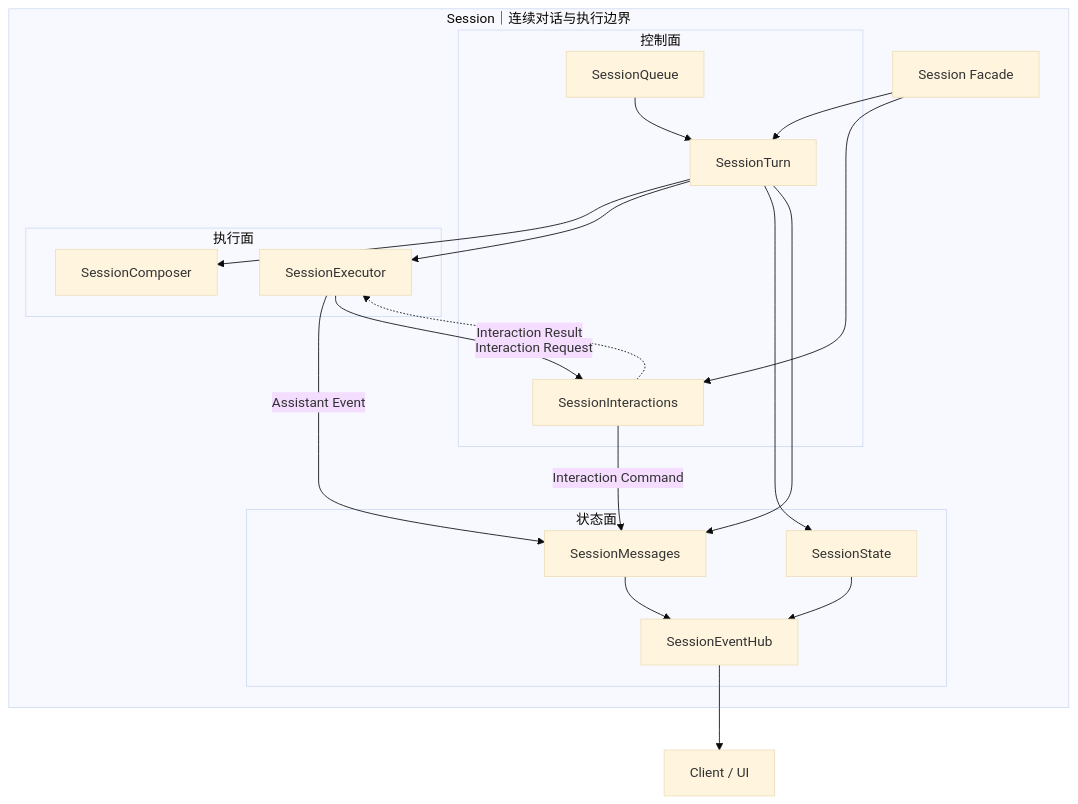
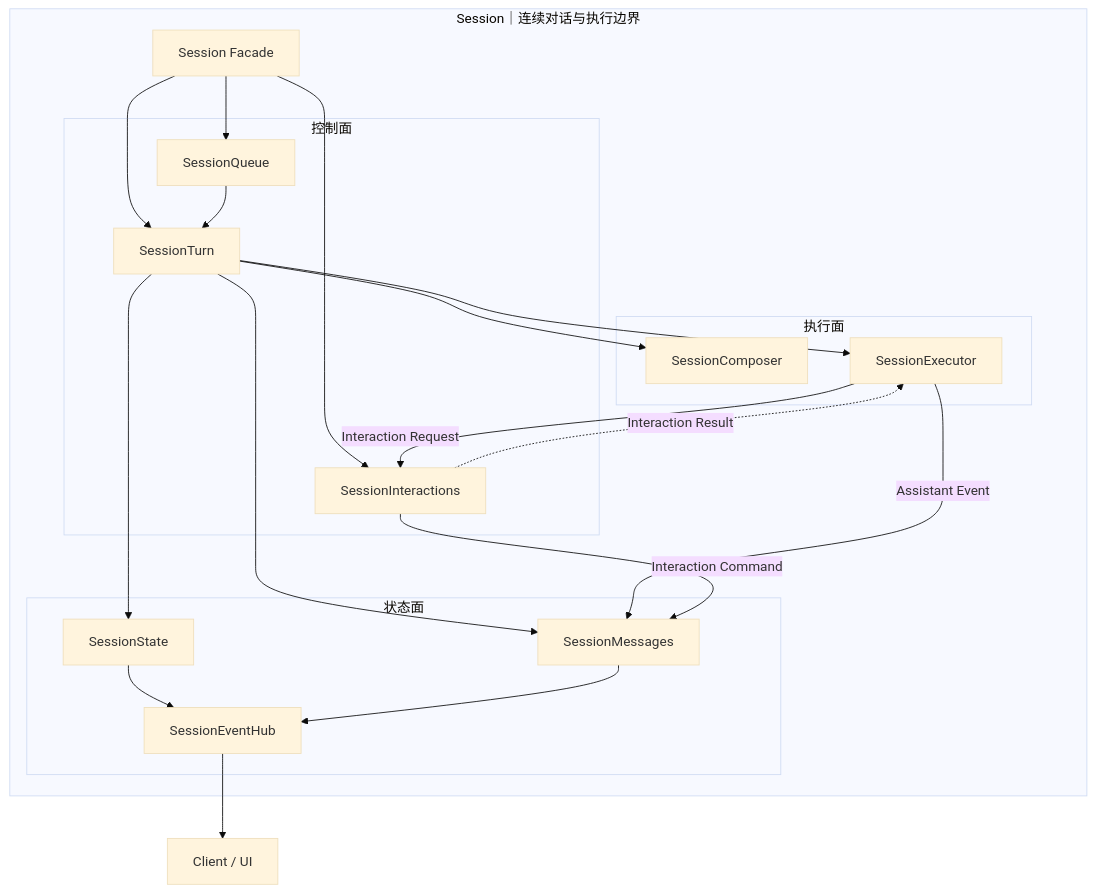
Before and after one commit to genesiscosmos/downcity: the first of 2 diagrams in docs/session-architecture.md, drawn with Mermaid (base theme). The commit also changed other lines of this file and 32 other files, not shown here.

````diff
--- a/docs/session-architecture.md
+++ b/docs/session-architecture.md
@@ -22,40 +22,41 @@
 ```mermaid
 flowchart TB
     Client["Client / UI"]
 
     subgraph Session["Session｜连续对话与执行边界"]
         Facade["Session Facade"]
 
         subgraph Control["控制面"]
             Turn["SessionTurn"]
             Queue["SessionQueue"]
             Interactions["SessionInteractions"]
         end
 
         subgraph Execution["执行面"]
             Composer["SessionComposer"]
             Executor["SessionExecutor"]
         end
 
         subgraph State["状态面"]
             SessionState["SessionState"]
             Messages["SessionMessages"]
             Events["SessionEventHub"]
         end
     end
 
+    Facade --> Queue
     Facade --> Turn
     Facade --> Interactions
     Queue --> Turn
     Turn --> Composer
     Turn --> Executor
     Turn --> SessionState
     Turn --> Messages
     Executor -->|"Assistant Event"| Messages
     Executor -->|"Interaction Request"| Interactions
     Interactions -->|"Interaction Command"| Messages
     Interactions -.->|"Interaction Result"| Executor
     SessionState --> Events
     Messages --> Events
     Events --> Client
 ```
````
